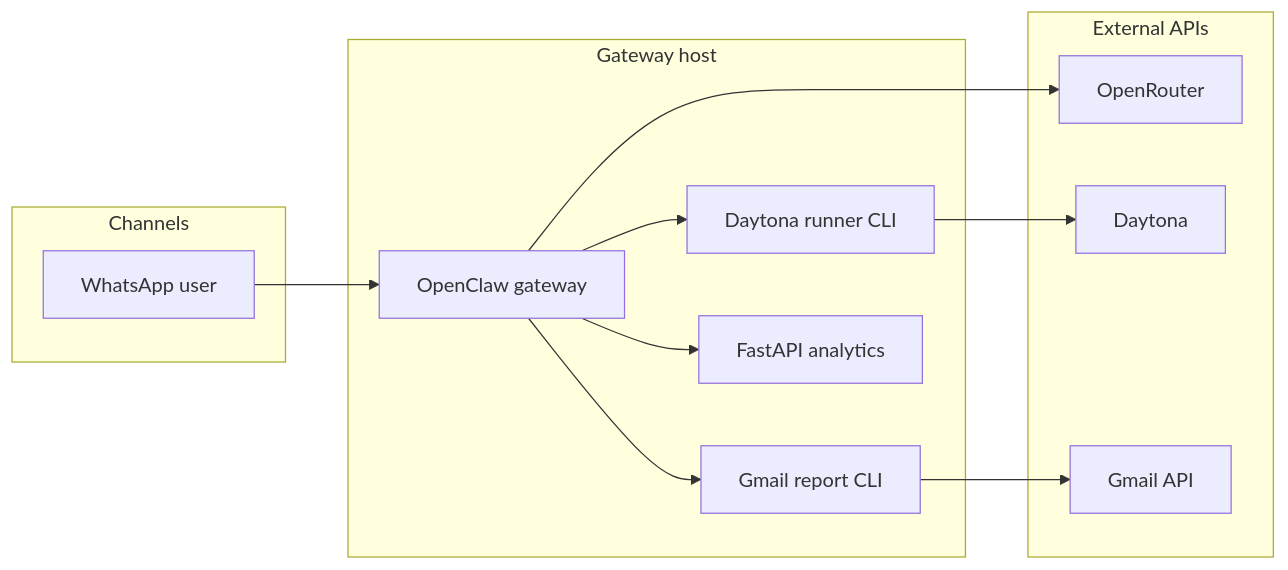
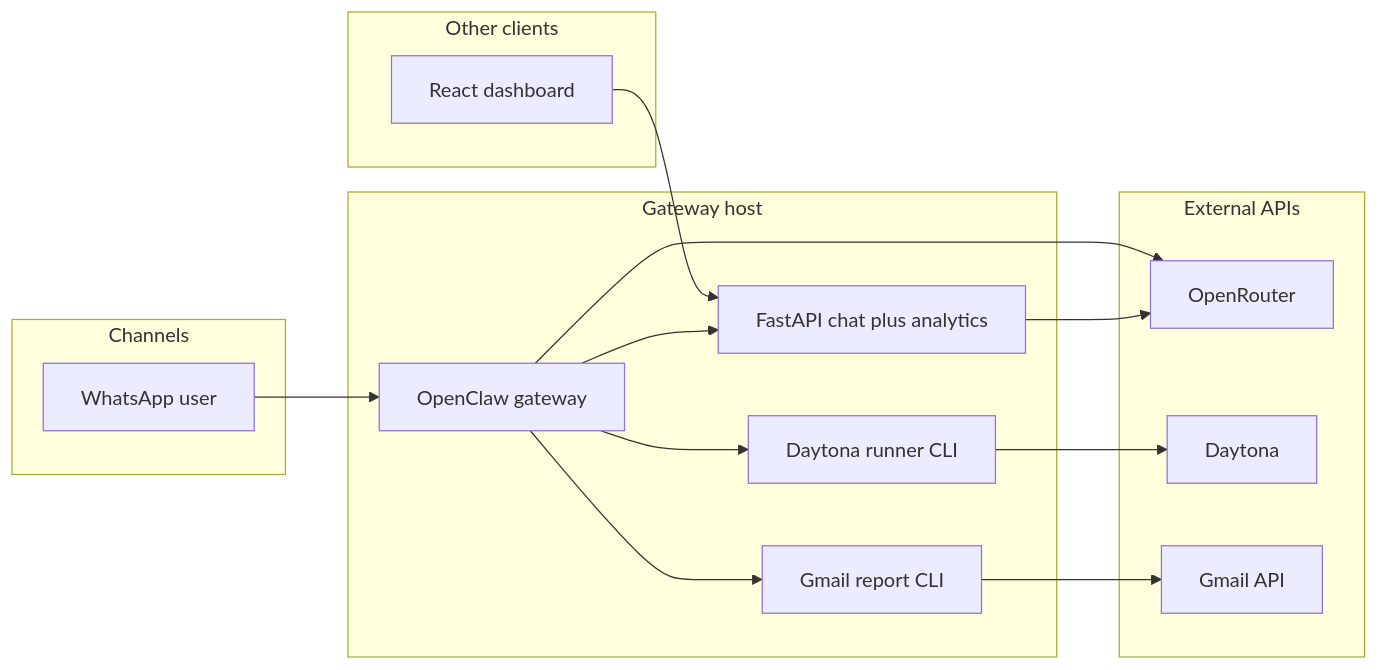
One commit to MrenXX/AquaMind changed the diagram in README.md. Above: the diagram before and after it, drawn with Mermaid. The commit also changed other lines of this file and 1 other file, not shown here.

Commit message:
docs: align README with full stack (SSE chat, /health, tier routing, dashboard tabs)

````diff
--- a/README.md
+++ b/README.md
@@ -30,24 +31,29 @@
 ```mermaid
 flowchart LR
   subgraph channels [Channels]
     WA[WhatsApp user]
   end
+  subgraph clients [Other clients]
+    FE[React dashboard]
+  end
   subgraph runtime [Gateway host]
     OC[OpenClaw gateway]
     DR[Daytona runner CLI]
     GM[Gmail report CLI]
-    API[FastAPI analytics]
+    API[FastAPI chat plus analytics]
   end
   subgraph cloud [External APIs]
     OR[OpenRouter]
     DT[Daytona]
     GMAIL[Gmail API]
   end
   WA --> OC
+  FE --> API
   OC --> OR
   OC --> DR
   DR --> DT
   OC --> GM
   GM --> GMAIL
   OC --> API
+  API --> OR
 ```
````
